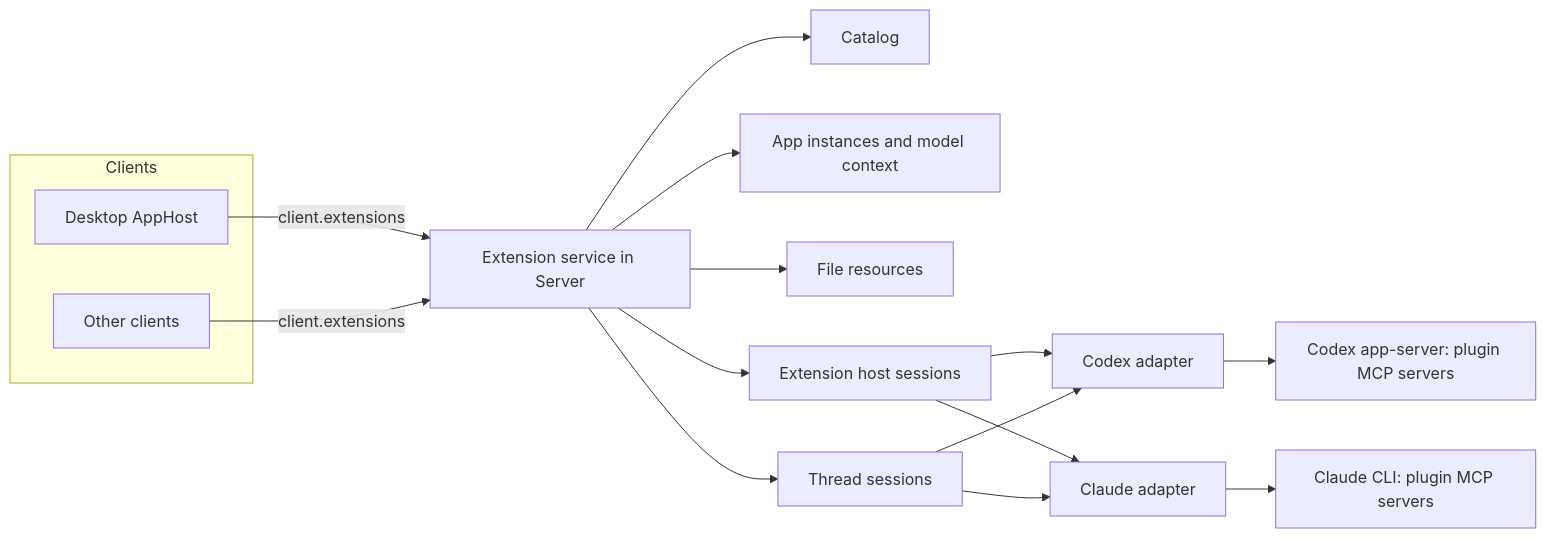
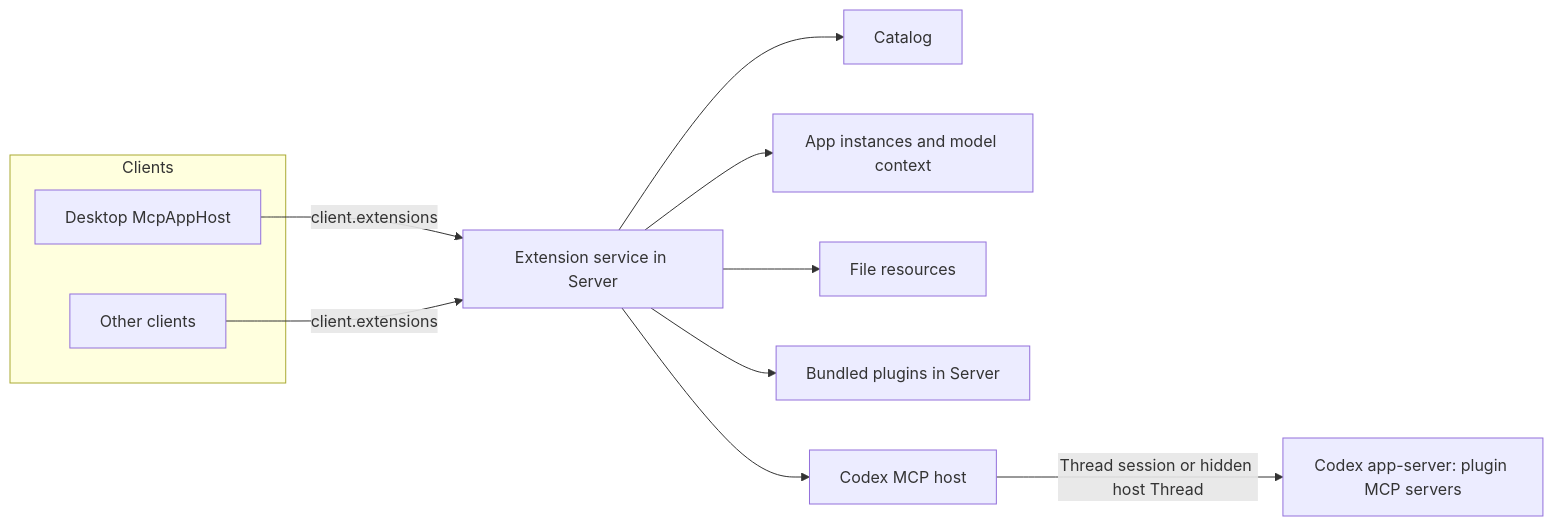
The diagram in docs/plugin-extensions.md (cypheriaweb3/cypheria), drawn with Mermaid before and after one commit. The commit also changed other lines of this file and 138 other files, not shown here.

````diff
--- a/docs/plugin-extensions.md
+++ b/docs/plugin-extensions.md
@@ -34,17 +31,14 @@
 ```mermaid
 flowchart LR
   subgraph Clients
-    D[Desktop AppHost]
+    D[Desktop McpAppHost]
     O[Other clients]
   end
   D & O -->|client.extensions| X[Extension service in Server]
   X --> Cat[Catalog]
   X --> Inst[App instances and model context]
   X --> Files[File resources]
-  X --> Sess[Extension host sessions]
-  X --> Th[Thread sessions]
-  Sess & Th --> CA[Codex adapter]
-  Sess & Th --> CL[Claude adapter]
-  CA --> CS[Codex app-server: plugin MCP servers]
-  CL --> CC[Claude CLI: plugin MCP servers]
+  X --> Bundled[Bundled plugins in Server]
+  X --> CA[Codex MCP host]
+  CA -->|Thread session or hidden host Thread| CS[Codex app-server: plugin MCP servers]
 ```
````
